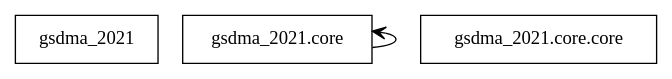
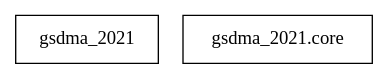
Before and after one commit to kaufmanno/GSDMA_2021: the diagram in docs/source/uml/packages_uml_gsdma_2021.dot, drawn with Graphviz. The commit also changed 1 other file, not shown here.

```diff
--- a/docs/source/uml/packages_uml_gsdma_2021.dot
+++ b/docs/source/uml/packages_uml_gsdma_2021.dot
@@ -1,8 +1,6 @@
 digraph "packages_uml_gsdma_2021" {
 rankdir=BT
 charset="utf-8"
 "gsdma_2021" [color="black", label="gsdma_2021", shape="box", style="solid"];
 "gsdma_2021.core" [color="black", label="gsdma_2021.core", shape="box", style="solid"];
-"gsdma_2021.core.core" [color="black", label="gsdma_2021.core.core", shape="box", style="solid"];
-"gsdma_2021.core" -> "gsdma_2021.core" [arrowhead="open", arrowtail="none"];
 }
```
